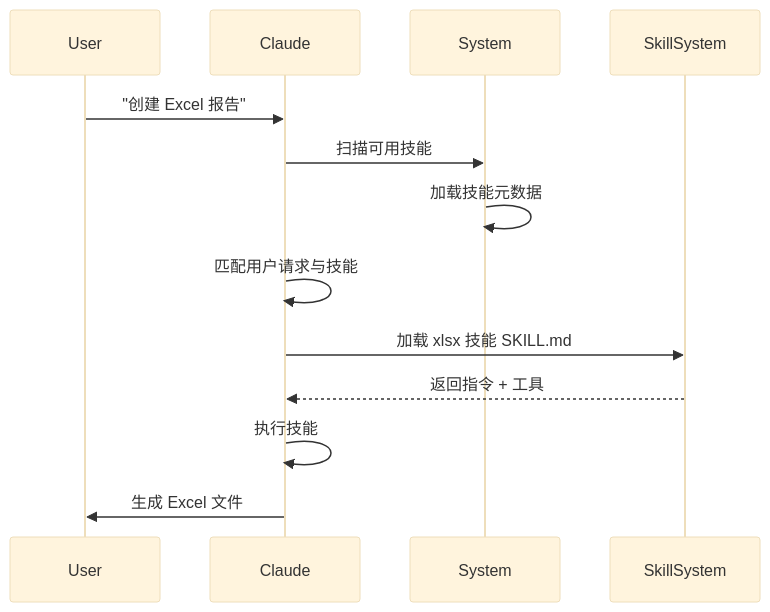
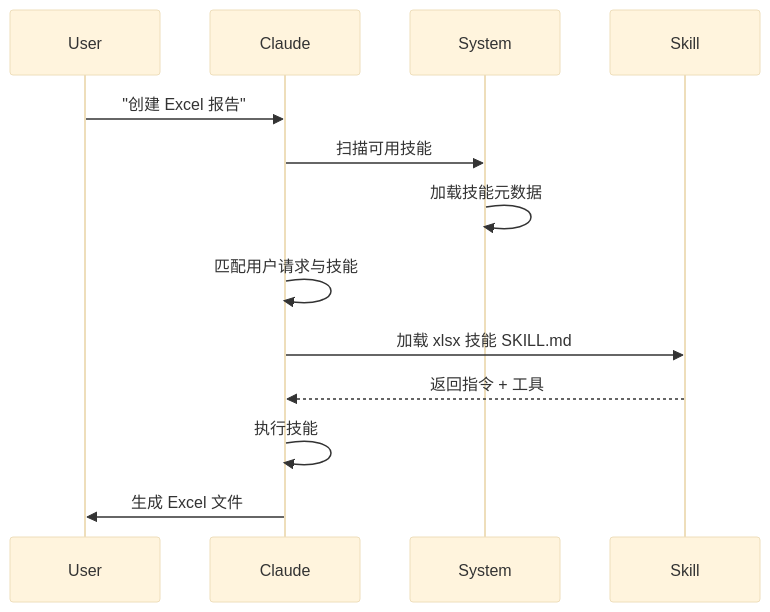
Before and after one commit to Rx782-Fss/claude-howto-zh: diagram 18 of 31 in claude_concepts_guide.md, drawn with Mermaid (base theme). The commit also changed other lines of this file and 104 other files, not shown here.

````diff
--- a/claude_concepts_guide.md
+++ b/claude_concepts_guide.md
@@ -1250,16 +1237,16 @@
 ```mermaid
 sequenceDiagram
     participant User
     participant Claude as Claude
     participant System as System
-    participant Skill as SkillSystem
+    participant Skill as Skill
 
     User->>Claude: "创建 Excel 报告"
     Claude->>System: 扫描可用技能
     System->>System: 加载技能元数据
     Claude->>Claude: 匹配用户请求与技能
     Claude->>Skill: 加载 xlsx 技能 SKILL.md
     Skill-->>Claude: 返回指令 + 工具
     Claude->>Claude: 执行技能
     Claude->>User: 生成 Excel 文件
 ```
````
